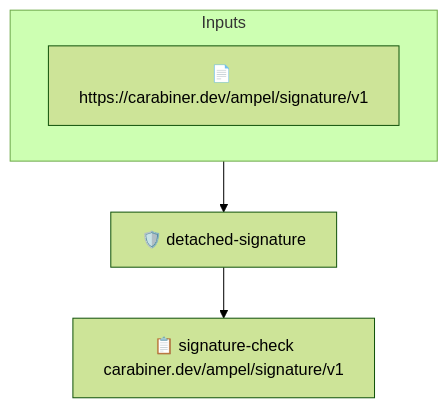
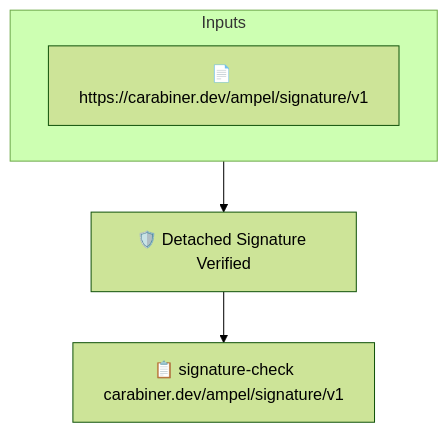
One commit to carabiner-dev/policies changed the diagram in signature/signature.md. Above: the diagram before and after it, drawn with Mermaid (forest theme). The commit also changed other lines of this file and 3 other files, not shown here.

````diff
--- a/signature/signature.md
+++ b/signature/signature.md
@@ -17,9 +17,9 @@
 ```mermaid
 flowchart TD
     subgraph inputs["Inputs"]
         A0["📄 https://carabiner.dev/ampel/signature/v1"]
     end
-    P["🛡️ detached-signature"]
+    P["🛡️ Detached Signature Verified"]
     inputs --> P
     P --> P_T0["📋 signature-check<br/>carabiner.dev/ampel/signature/v1"]
 ```
````
